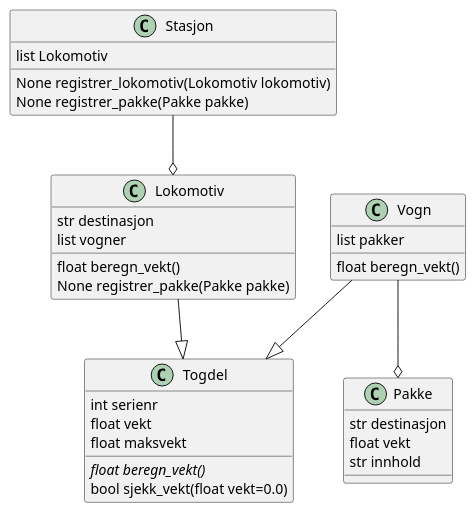
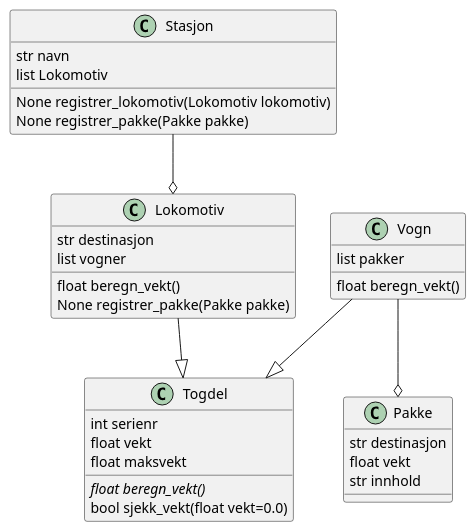
One commit to johanhake/it2-oppgave-togstasjon changed the diagram in doc/stasjon.plantuml. Above: the diagram before and after it, drawn with PlantUML.

Commit message:
La til attributt til Stasjon

```diff
--- a/doc/stasjon.plantuml
+++ b/doc/stasjon.plantuml
@@ -1,38 +1,39 @@
 @startuml stasjon
     class Togdel{
         int serienr
         float vekt
         float maksvekt
         {abstract} float beregn_vekt()
         bool sjekk_vekt(float vekt=0.0)
     }
 
     class Vogn{
         list pakker
         float beregn_vekt()
     }
 
     class Lokomotiv{
         str destinasjon
         list vogner
         float beregn_vekt()
         None registrer_pakke(Pakke pakke)
     }
 
     class Stasjon{
+        str navn
         list Lokomotiv
         None registrer_lokomotiv(Lokomotiv lokomotiv)
         None registrer_pakke(Pakke pakke)
     }
 
     class Pakke{
         str destinasjon
         float vekt
         str innhold
     }
 
     Lokomotiv --|> Togdel
     Vogn --|> Togdel
     Stasjon --o Lokomotiv
     Vogn --o Pakke
 @enduml
```
